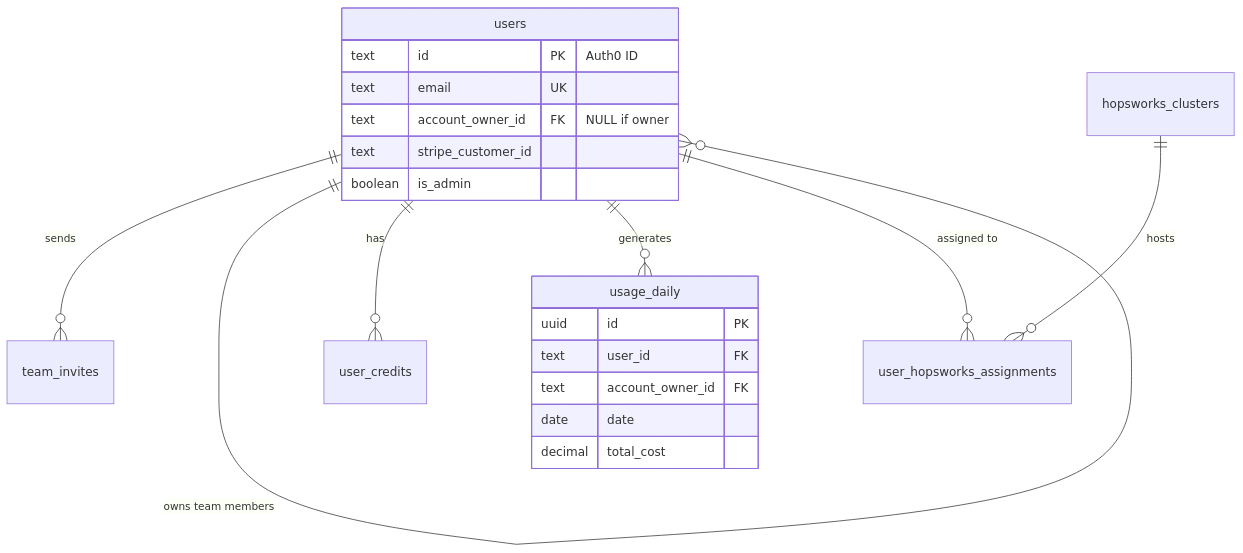
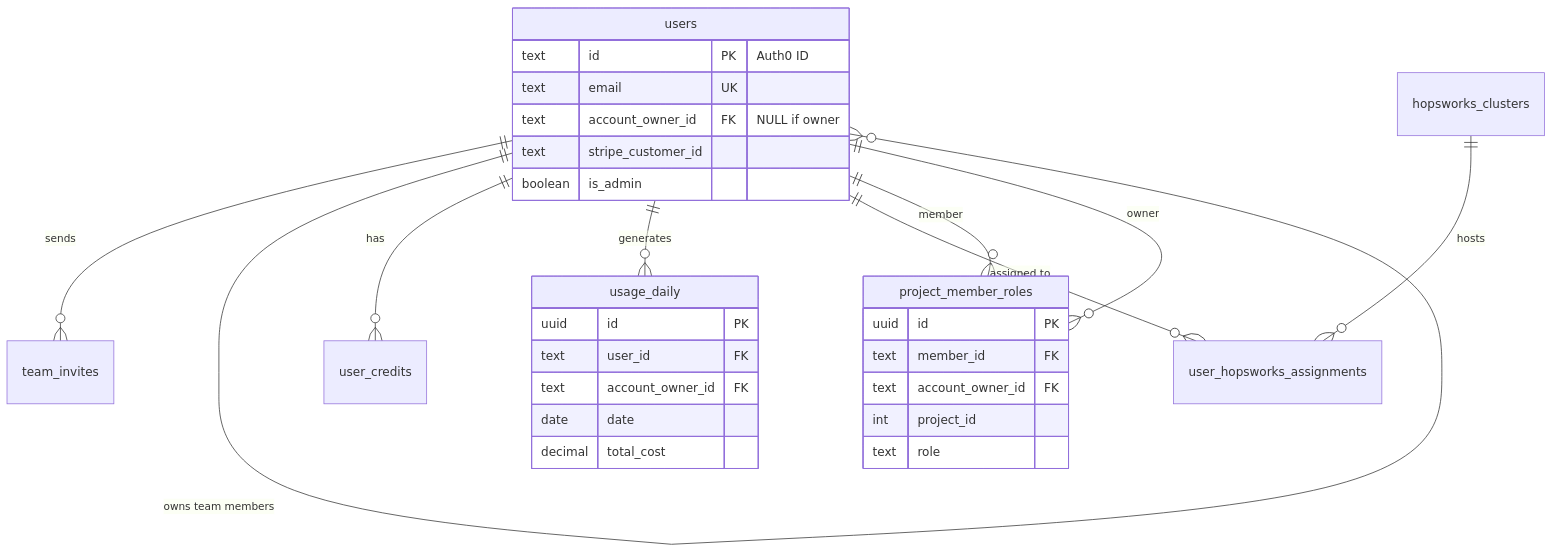
Before and after one commit to MagicLex/hopsworks-managed: the diagram in docs/database/README.md, drawn with Mermaid. The commit also changed other lines of this file and 14 other files, not shown here.

````diff
--- a/docs/database/README.md
+++ b/docs/database/README.md
@@ -66,25 +67,35 @@
 ```mermaid
 erDiagram
     users ||--o{ team_invites : "sends"
     users ||--o{ users : "owns team members"
     users ||--o{ user_credits : "has"
     users ||--o{ usage_daily : "generates"
     users ||--o{ user_hopsworks_assignments : "assigned to"
+    users ||--o{ project_member_roles : "member"
+    users ||--o{ project_member_roles : "owner"
     hopsworks_clusters ||--o{ user_hopsworks_assignments : "hosts"
     
     users {
         text id PK "Auth0 ID"
         text email UK
         text account_owner_id FK "NULL if owner"
         text stripe_customer_id
         boolean is_admin
     }
     
+    project_member_roles {
+        uuid id PK
+        text member_id FK
+        text account_owner_id FK
+        int project_id
+        text role
+    }
+    
     usage_daily {
         uuid id PK
         text user_id FK
         text account_owner_id FK
         date date
         decimal total_cost
     }
 ```
````
